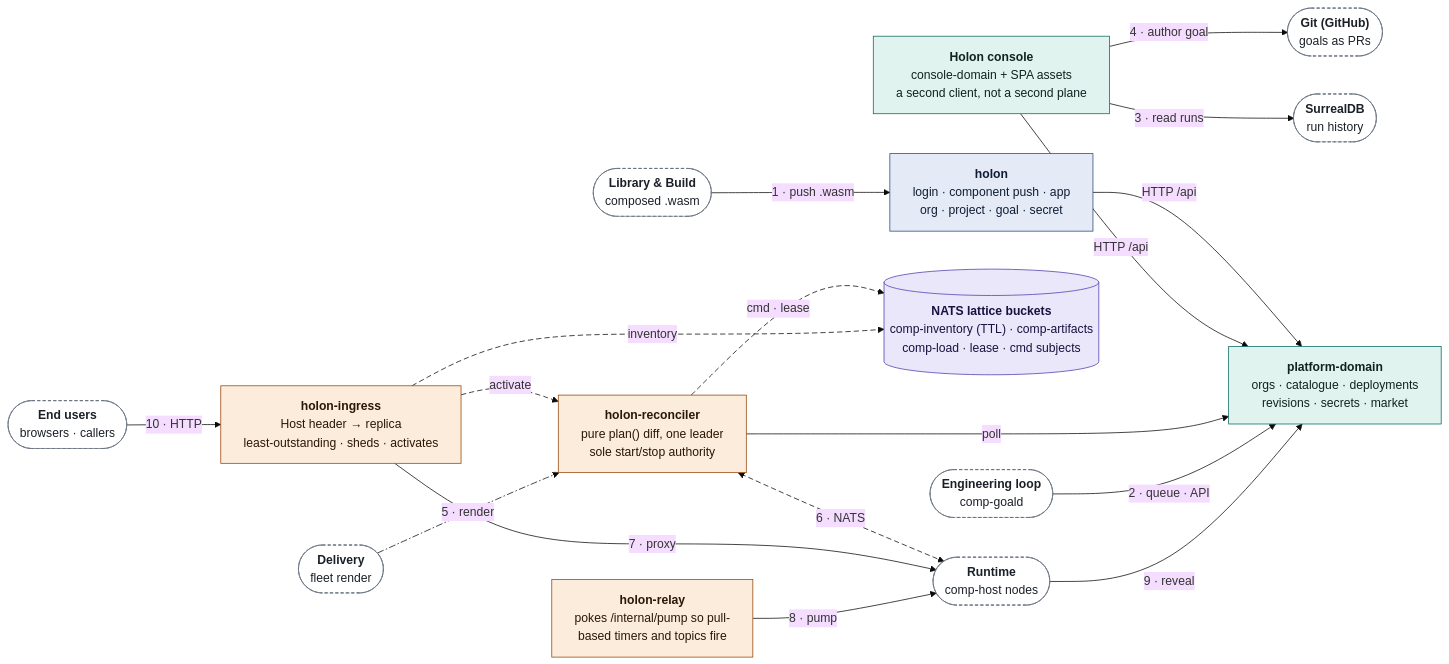
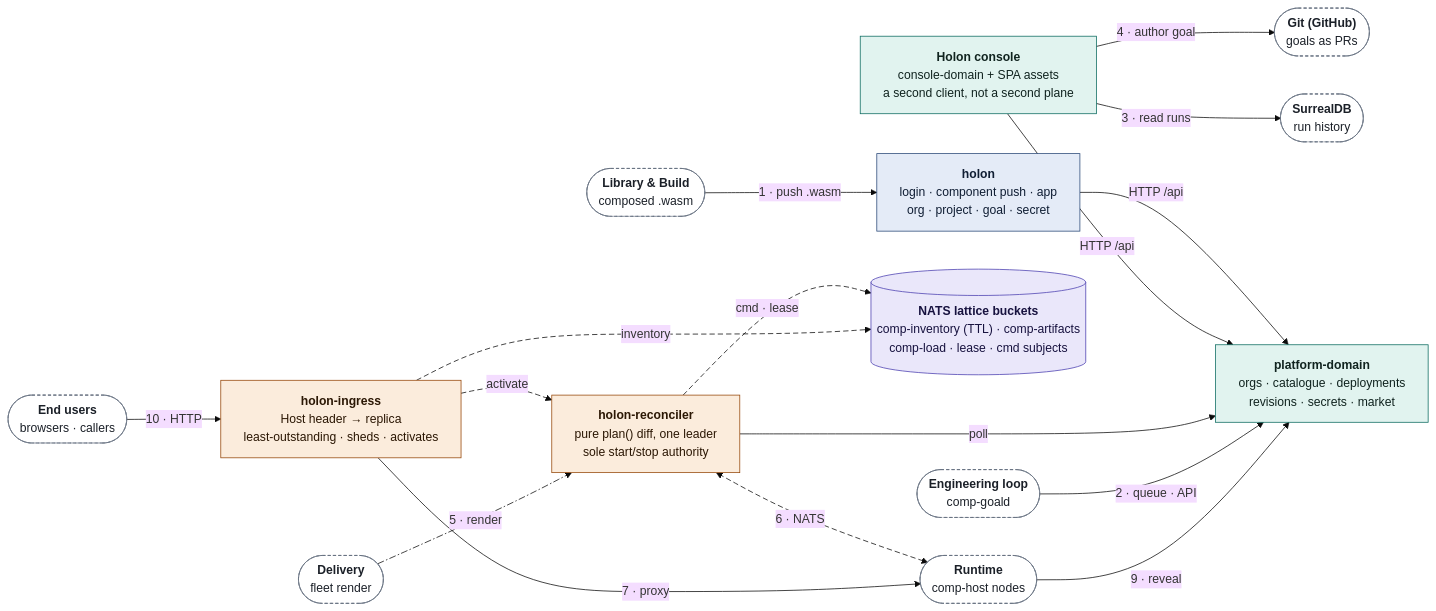
The fourth of 11 diagrams in docs/ARCHITECTURE.md (markkovari/holon), drawn with Mermaid (base theme) before and after one commit. The commit also changed other lines of this file and 24 other files, not shown here.

````diff
--- a/docs/ARCHITECTURE.md
+++ b/docs/ARCHITECTURE.md
@@ -238,46 +238,44 @@
 ```mermaid
 %%{init: {"flowchart": {"wrappingWidth": 360}}}%%
 flowchart LR
   classDef wasm fill:#e1f3ef,stroke:#0a6a5f,color:#10231f
   classDef native fill:#fbecdc,stroke:#954709,color:#2b1704
   classDef store fill:#eae7fa,stroke:#4a3fb0,color:#17123f
   classDef actor fill:#e4ebf7,stroke:#2a4977,color:#0f1d33
   classDef spec fill:#eef1f5,stroke:#465160,color:#1b2028
   classDef ext fill:#ffffff,stroke:#667180,color:#1b2028,stroke-dasharray:5 4
   classDef ghost fill:#ffffff,stroke:#667180,color:#1b2028,stroke-dasharray:4 3
   n_cli["<b>holon</b><br/>login · component push · app<br/>org · project · goal · secret"]:::actor
   n_console["<b>Holon console</b><br/>console-domain + SPA assets<br/>a second client, not a second plane"]:::wasm
   n_platform["<b>platform-domain</b><br/>orgs · catalogue · deployments<br/>revisions · secrets · market"]:::wasm
   n_recon["<b>holon-reconciler</b><br/>pure plan() diff, one leader<br/>sole start/stop authority"]:::native
   n_nats[("<b>NATS lattice buckets</b><br/>comp-inventory (TTL) · comp-artifacts<br/>comp-load · lease · cmd subjects")]:::store
   n_ingress["<b>holon-ingress</b><br/>Host header → replica<br/>least-outstanding · sheds · activates"]:::native
-  n_relay["<b>holon-relay</b><br/>pokes /internal/pump so pull-<br/>based timers and topics fire"]:::native
   n_g_lib(["<b>Library #amp; Build</b><br/>composed .wasm"]):::ghost
   n_g_loop(["<b>Engineering loop</b><br/>comp-goald"]):::ghost
   n_g_sur(["<b>SurrealDB</b><br/>run history"]):::ghost
   n_g_git(["<b>Git (GitHub)</b><br/>goals as PRs"]):::ghost
   n_g_del(["<b>Delivery</b><br/>fleet render"]):::ghost
   n_g_users(["<b>End users</b><br/>browsers · callers"]):::ghost
   n_g_run(["<b>Runtime</b><br/>comp-host nodes"]):::ghost
   n_cli -- "HTTP /api" --> n_platform
   n_console -- "HTTP /api" --> n_platform
   n_recon -- "poll" --> n_platform
   n_recon -- "cmd · lease" --> n_nats
   n_ingress -- "inventory" --> n_nats
   n_ingress -- "activate" --> n_recon
   n_g_lib -- "1 · push .wasm" --> n_cli
   n_g_loop -- "2 · queue · API" --> n_platform
   n_console -- "3 · read runs" --> n_g_sur
   n_console -- "4 · author goal" --> n_g_git
   n_g_del -- "5 · render" --> n_recon
   n_recon <-- "6 · NATS" --> n_g_run
   n_ingress -- "7 · proxy" --> n_g_run
-  n_relay -- "8 · pump" --> n_g_run
   n_g_run -- "9 · reveal" --> n_platform
   n_g_users -- "10 · HTTP" --> n_ingress
   linkStyle 3 stroke-dasharray:7 4
   linkStyle 4 stroke-dasharray:7 4
   linkStyle 5 stroke-dasharray:7 4
   linkStyle 10 stroke-dasharray:9 3 2 3
   linkStyle 11 stroke-dasharray:7 4
 ```
````
